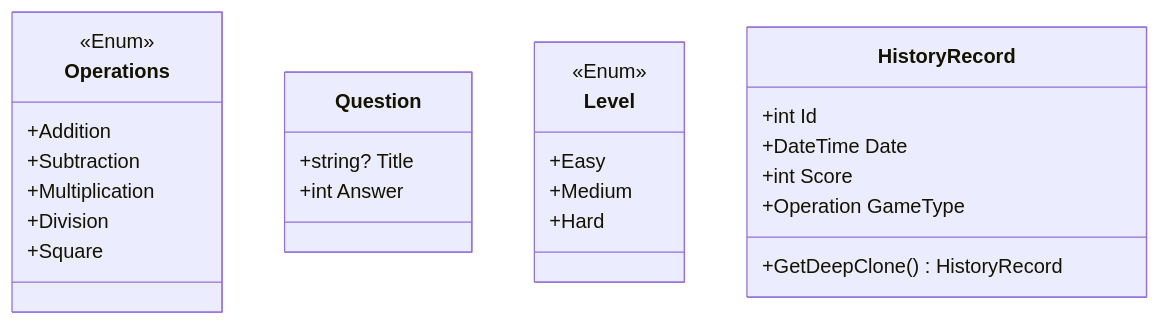
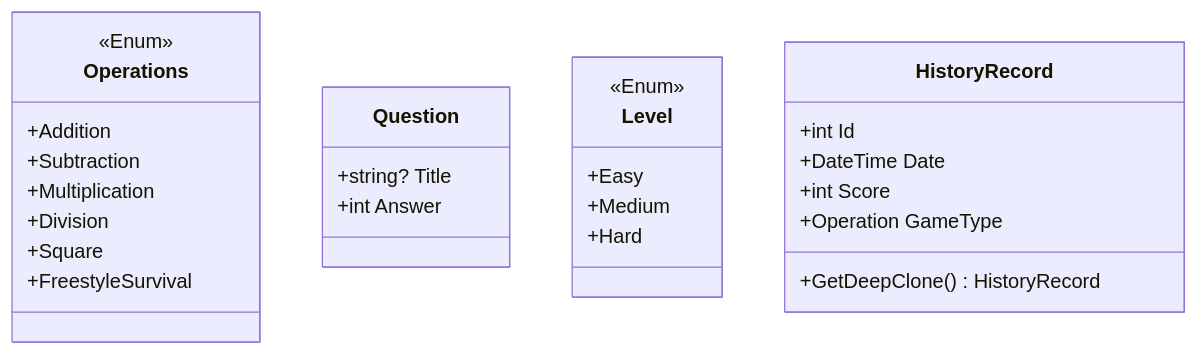
Before and after one commit to CodeDreamer06/MathGameChallenge: the third of 4 diagrams in readme.md, drawn with Mermaid. The commit also changed other lines of this file, not shown here.

Commit message:
Updated UML

````diff
--- a/readme.md
+++ b/readme.md
@@ -99,31 +104,32 @@
 ```mermaid
 classDiagram
   class Operations {
 	<<Enum>>
 	+Addition
     +Subtraction
     +Multiplication
     +Division
     +Square
+    +FreestyleSurvival
   }
 
   class Question {
     +string? Title
     +int Answer
   }
 
   class Level {
     <<Enum>>
     +Easy
     +Medium
     +Hard
   }
   
   class HistoryRecord {
     +int Id
     +DateTime Date
     +int Score
     +Operation GameType
     +GetDeepClone() HistoryRecord
   }
 ```
````
